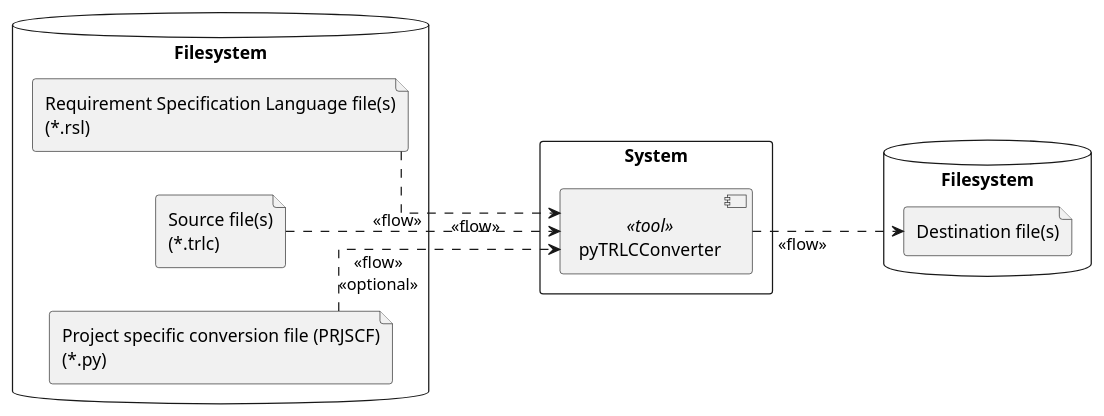
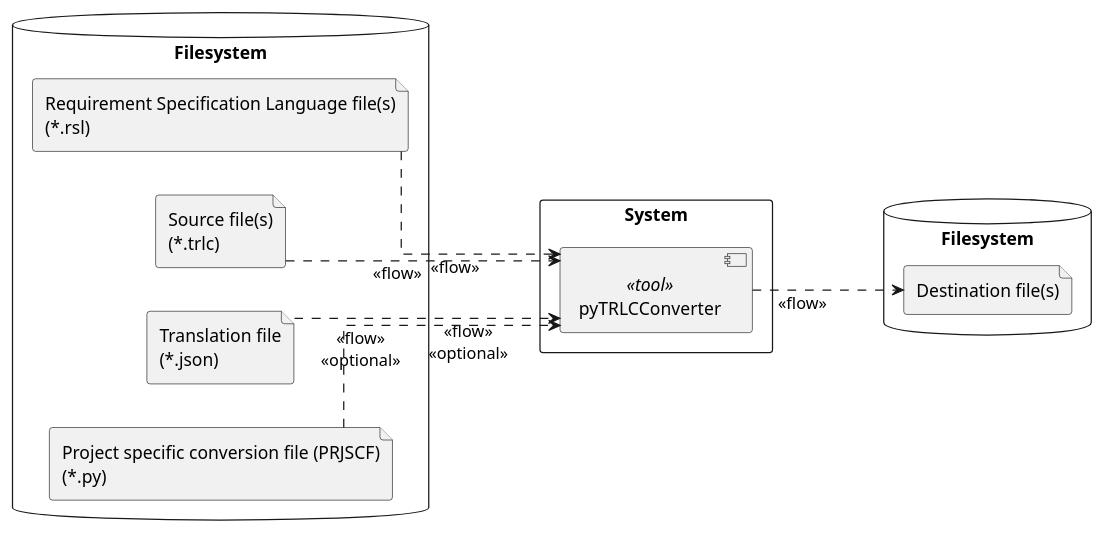
Before and after one commit to nhjschulz/pyTRLCConverter: the diagram in doc/architecture/context_diagram.puml, drawn with PlantUML. The commit also changed 43 other files, not shown here.

Commit message:
Support of a translation JSON file, used to translate requirement type attribute names. Therefore its not required anymore to use project specific converters in Python, just for translation purpose.

```diff
--- a/doc/architecture/context_diagram.puml
+++ b/doc/architecture/context_diagram.puml
@@ -1,27 +1,29 @@
 @startuml context_diagram
 
 left to right direction
 skinparam linetype ortho
 
 database "Filesystem" as fileSystemSrc {
     file "Requirement Specification Language file(s)\n(*.rsl)" as rlsFiles
     file "Source file(s)\n(*.trlc)" as srcFiles
+    file "Translation file\n(*.json)" as translationFile
     file "Project specific conversion file (PRJSCF)\n(*.py)" as projectSpecificConversionFile
 }
 
 database "Filesystem" as fileSystemDst {
     file "Destination file(s)" as dstFiles
 }
 
 rectangle "System" as system {
 
     component "pyTRLCConverter" <<tool>> as tool
 }
 
 rlsFiles ...> tool: <<flow>>
 srcFiles ...> tool: <<flow>>
+translationFile ...> tool: <<flow>>\n<<optional>>
 projectSpecificConversionFile ...> tool: <<flow>>\n<<optional>>
 
 tool ...> dstFiles: <<flow>>
 
 @enduml
```
